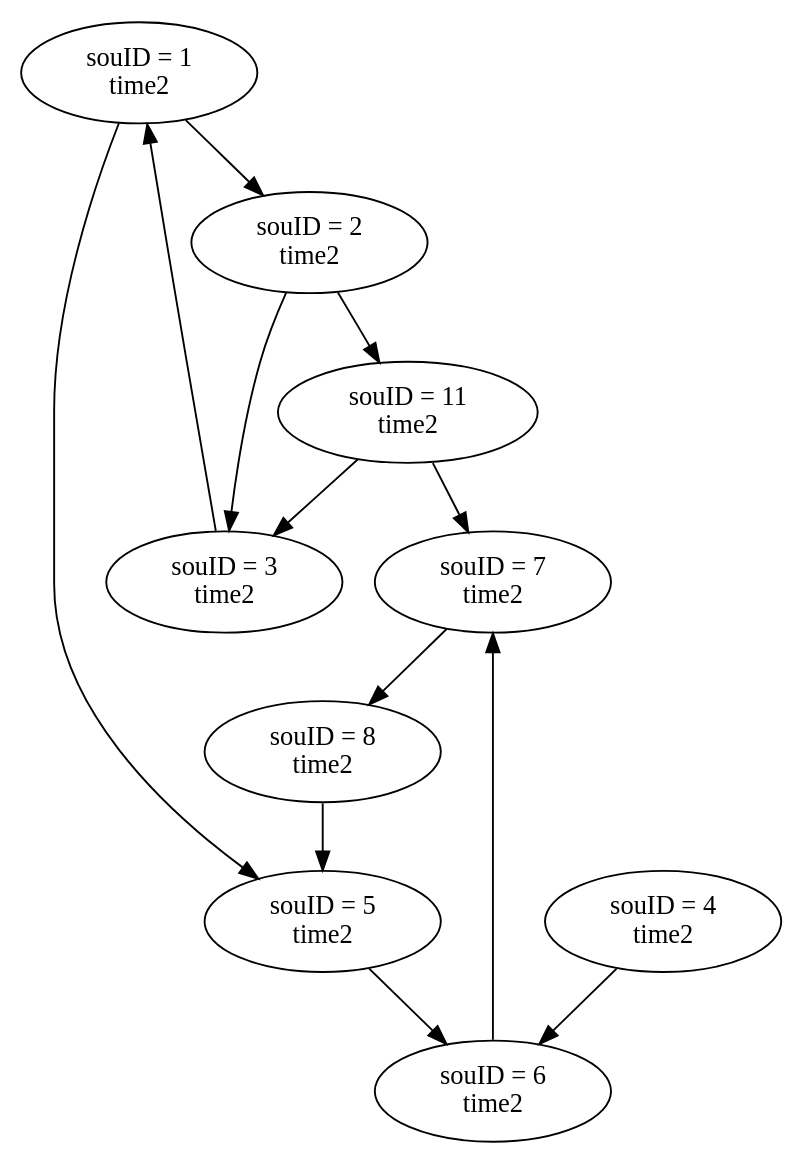
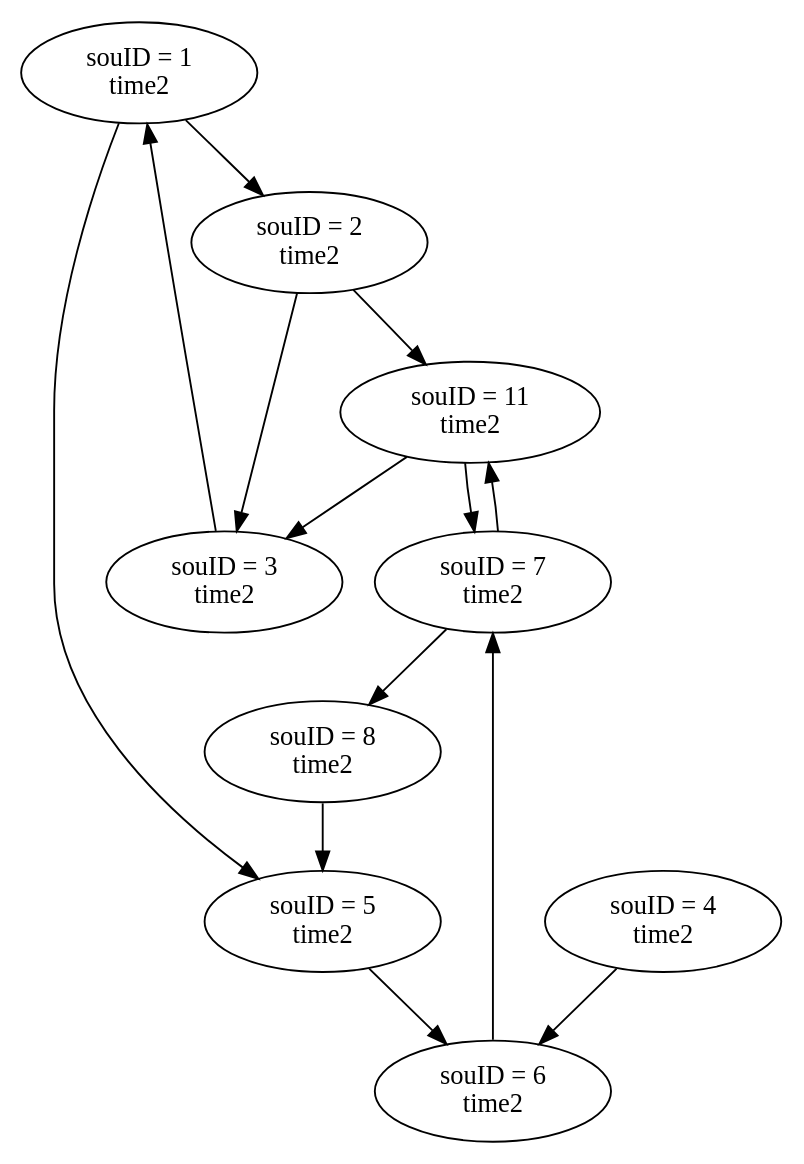
Before and after one commit to zzzzzec/work: the diagram in gt/originGraph/graph2.gv, drawn with Graphviz. The commit also changed 76 other files, not shown here.

```diff
--- a/gt/originGraph/graph2.gv
+++ b/gt/originGraph/graph2.gv
@@ -1,33 +1,34 @@
 // OriginGraph2
 digraph {
 	1 [label="souID = 1
 time2"]
 	2 [label="souID = 2
 time2"]
 	3 [label="souID = 3
 time2"]
 	4 [label="souID = 4
 time2"]
 	5 [label="souID = 5
 time2"]
 	6 [label="souID = 6
 time2"]
 	7 [label="souID = 7
 time2"]
 	8 [label="souID = 8
 time2"]
 	11 [label="souID = 11
 time2"]
 	1 -> 2
 	1 -> 5
 	2 -> 3
 	2 -> 11
 	3 -> 1
 	4 -> 6
 	5 -> 6
 	6 -> 7
 	7 -> 8
+	7 -> 11
 	8 -> 5
 	11 -> 3
 	11 -> 7
 }
```
